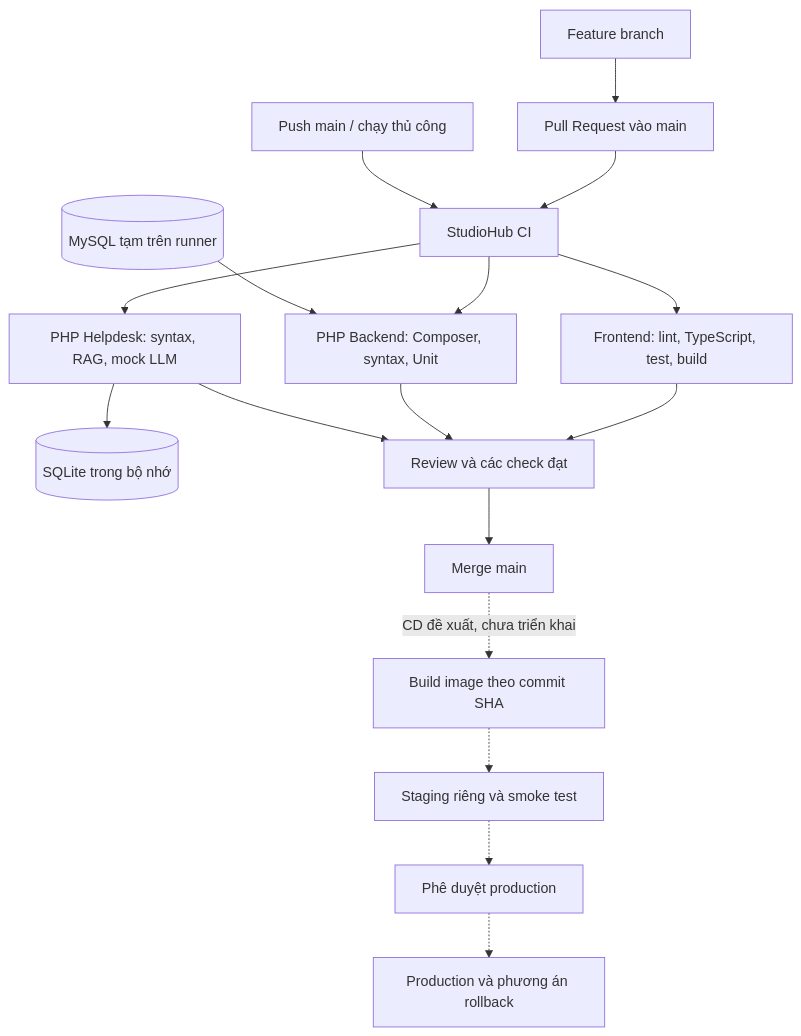
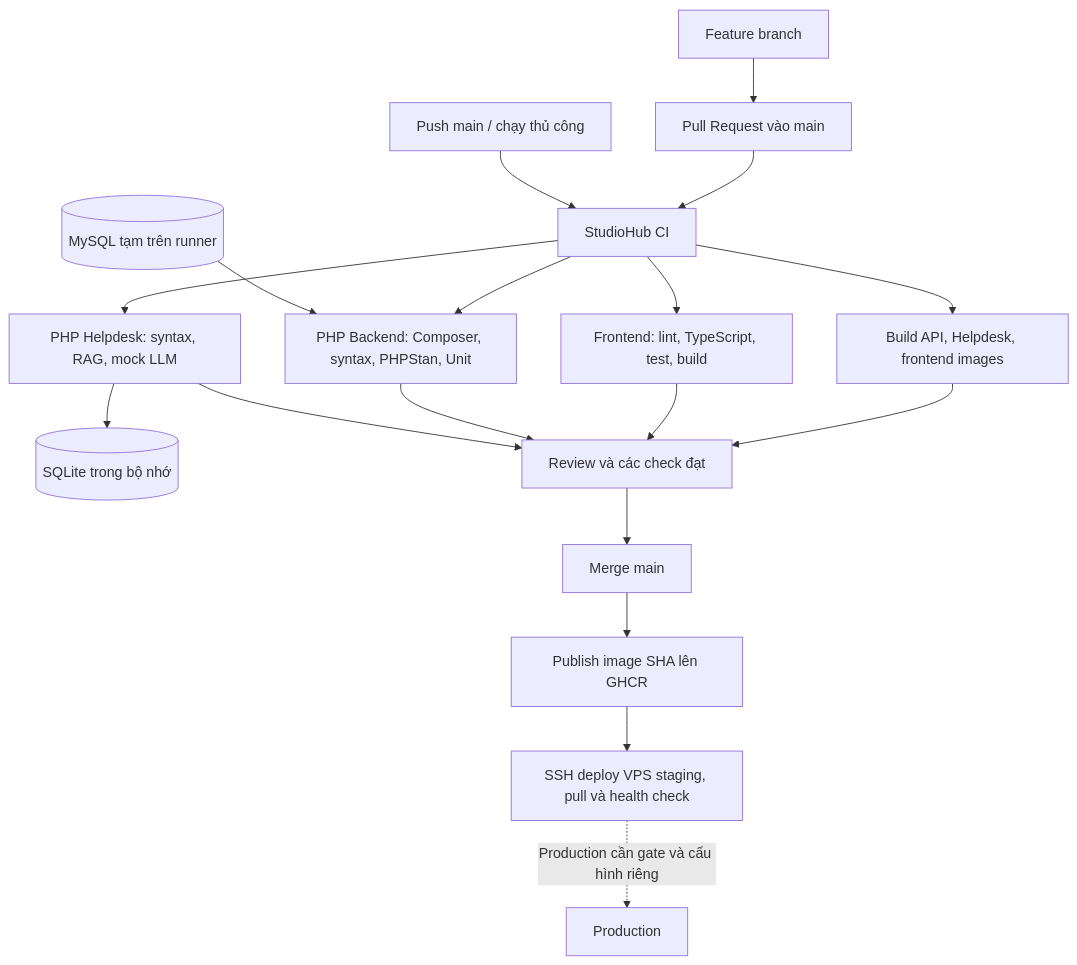
The diagram in docs/devops/CICD_GUIDE_VI.md (mkn67/StudioHub), drawn with Mermaid before and after one commit. The commit also changed other lines of this file and 10 other files, not shown here.

````diff
--- a/docs/devops/CICD_GUIDE_VI.md
+++ b/docs/devops/CICD_GUIDE_VI.md
@@ -15,19 +15,20 @@
 ```mermaid
 flowchart TD
     A[Feature branch] --> B[Pull Request vào main]
     B --> C[StudioHub CI]
     P[Push main / chạy thủ công] --> C
     C --> F[Frontend: lint, TypeScript, test, build]
-    C --> API[PHP Backend: Composer, syntax, Unit]
+    C --> API[PHP Backend: Composer, syntax, PHPStan, Unit]
     M[(MySQL tạm trên runner)] --> API
     C --> H[PHP Helpdesk: syntax, RAG, mock LLM]
     H --> S[(SQLite trong bộ nhớ)]
+    C --> IMG[Build API, Helpdesk, frontend images]
+    IMG --> R
     F --> R[Review và các check đạt]
     API --> R
     H --> R
     R --> MAIN[Merge main]
-    MAIN -. CD đề xuất, chưa triển khai .-> IMAGE[Build image theo commit SHA]
-    IMAGE -.-> STAGE[Staging riêng và smoke test]
-    STAGE -.-> APPROVE[Phê duyệt production]
-    APPROVE -.-> PROD[Production và phương án rollback]
+    MAIN --> IMAGE[Publish image SHA lên GHCR]
+    IMAGE --> STAGE[SSH deploy VPS staging, pull và health check]
+    STAGE -. Production cần gate và cấu hình riêng .-> PROD[Production]
 ```
````
